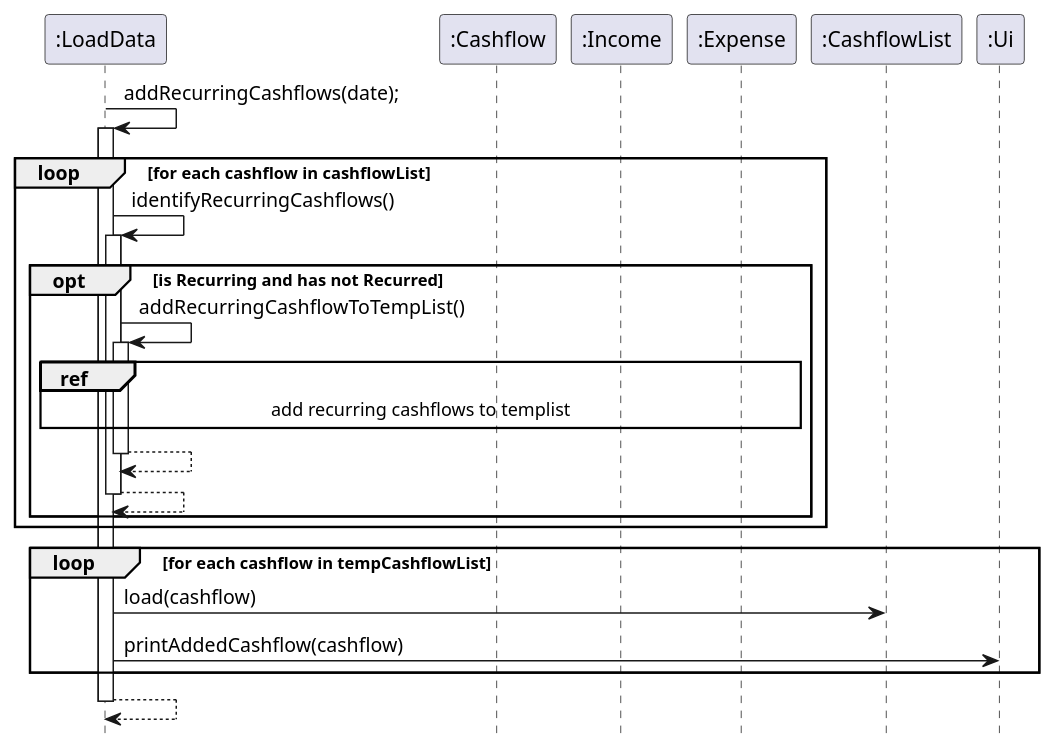
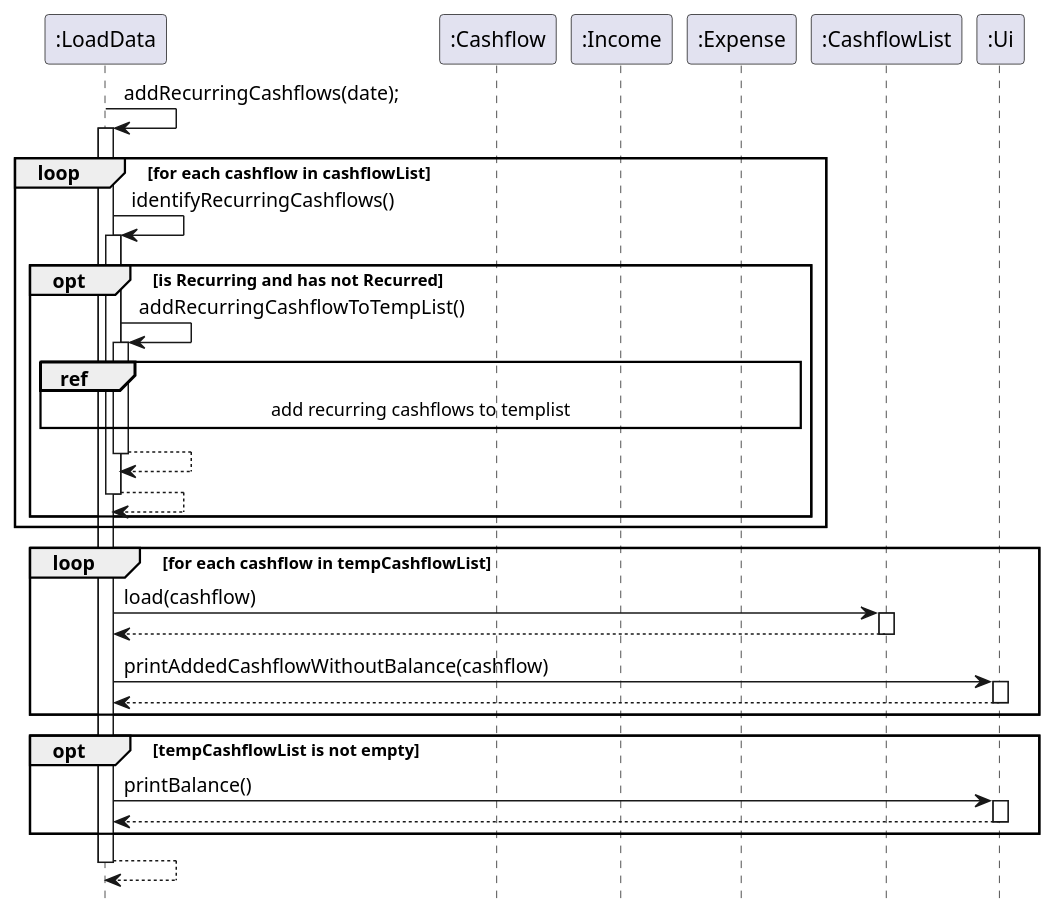
Before and after one commit to nus-cs2113-AY2324S1/tp: the diagram in docs/diagrams/cashflow/RecurSequence.puml, drawn with PlantUML. The commit also changed 5 other files, not shown here.

Commit message:
Add activation bars to sequence diagrams

```diff
--- a/docs/diagrams/cashflow/RecurSequence.puml
+++ b/docs/diagrams/cashflow/RecurSequence.puml
@@ -1,31 +1,41 @@
 @startuml
 
 participant ":LoadData" as LoadData
 participant ":Cashflow" as Cashflow
 participant ":Income" as Income
 participant ":Expense" as Expense
 participant ":CashflowList" as CashflowList
 participant ":Ui" as Ui
 
 LoadData -> LoadData: addRecurringCashflows(date);
 activate LoadData
 loop for each cashflow in cashflowList
     LoadData -> LoadData: identifyRecurringCashflows()
     activate LoadData
 opt is Recurring and has not Recurred
     LoadData -> LoadData: addRecurringCashflowToTempList()
     activate LoadData
 ref over LoadData, Expense: add recurring cashflows to templist
 return
 
 return
 end
 
 end
 loop for each cashflow in tempCashflowList
     LoadData -> CashflowList: load(cashflow)
-    LoadData -> Ui: printAddedCashflow(cashflow)
+    activate CashflowList
+    return
+    LoadData -> Ui: printAddedCashflowWithoutBalance(cashflow)
+    activate Ui
+    return
+end
+
+opt tempCashflowList is not empty
+    LoadData -> Ui: printBalance()
+    activate Ui
+    return
 end
 return
 hide footbox
 @enduml
```
